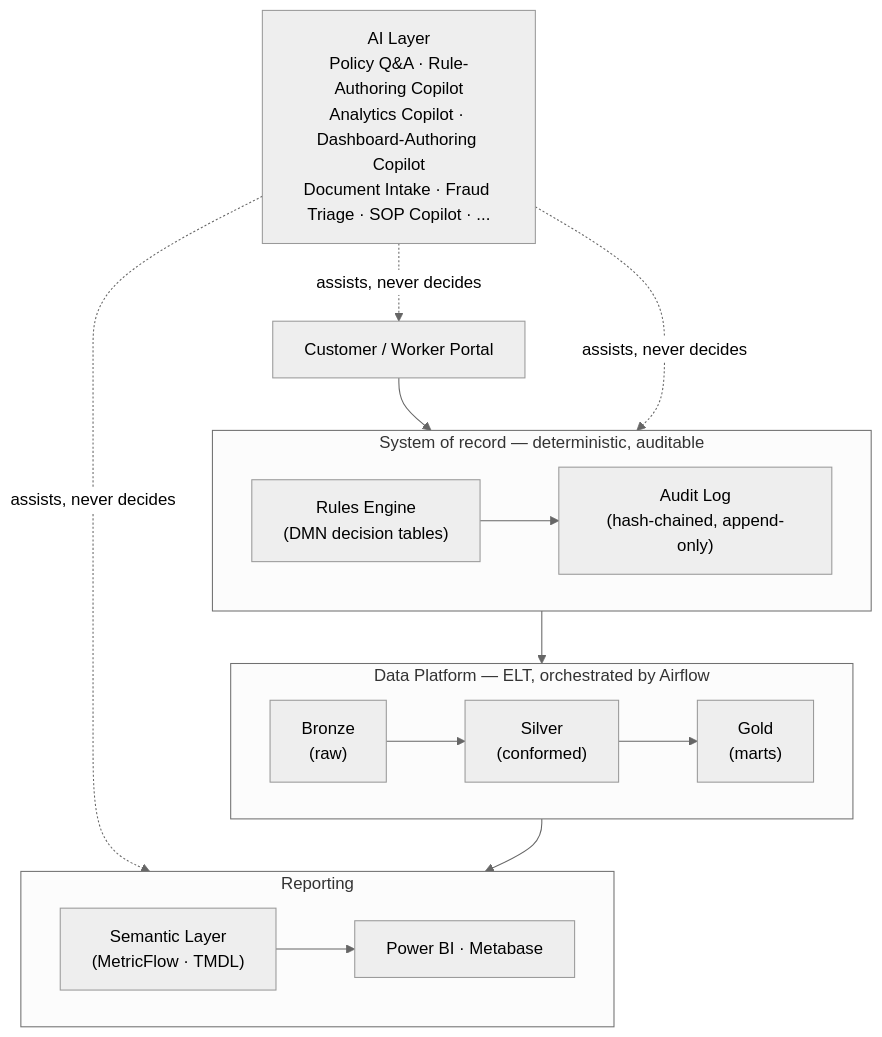
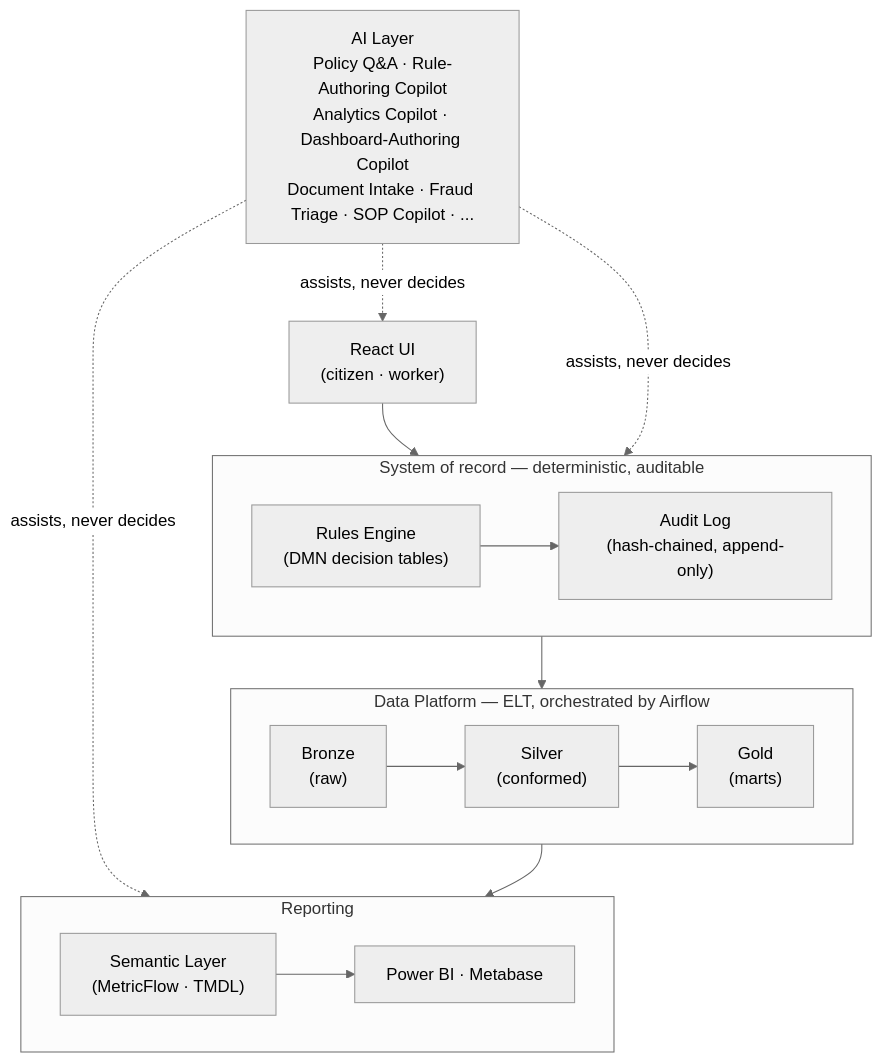
One commit to bsreecharanreddy/canopica changed the diagram in README.md. Above: the diagram before and after it, drawn with Mermaid (neutral theme). The commit also changed other lines of this file and 368 other files, not shown here.

````diff
--- a/README.md
+++ b/README.md
@@ -47,29 +47,29 @@
 ```mermaid
 flowchart TB
-    A["Customer / Worker Portal"]
+    A["React UI\n(citizen · worker)"]
 
     subgraph core["System of record — deterministic, auditable"]
         direction LR
         B["Rules Engine\n(DMN decision tables)"] --> F["Audit Log\n(hash-chained, append-only)"]
     end
 
     subgraph data["Data Platform — ELT, orchestrated by Airflow"]
         direction LR
         C1["Bronze\n(raw)"] --> C2["Silver\n(conformed)"] --> C3["Gold\n(marts)"]
     end
 
     subgraph bi["Reporting"]
         direction LR
         G["Semantic Layer\n(MetricFlow · TMDL)"] --> D["Power BI · Metabase"]
     end
 
     E["AI Layer\nPolicy Q&A · Rule-Authoring Copilot\nAnalytics Copilot · Dashboard-Authoring Copilot\nDocument Intake · Fraud Triage · SOP Copilot · ..."]
 
     A --> core
     core --> C1
     C3 --> G
 
     E -. assists, never decides .-> A
     E -. assists, never decides .-> core
     E -. assists, never decides .-> bi
 ```
````
